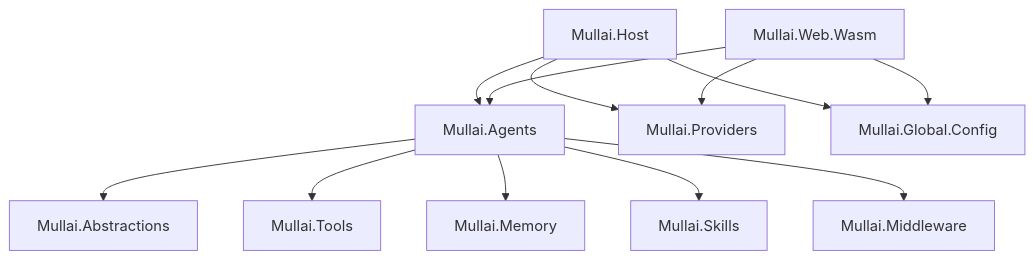
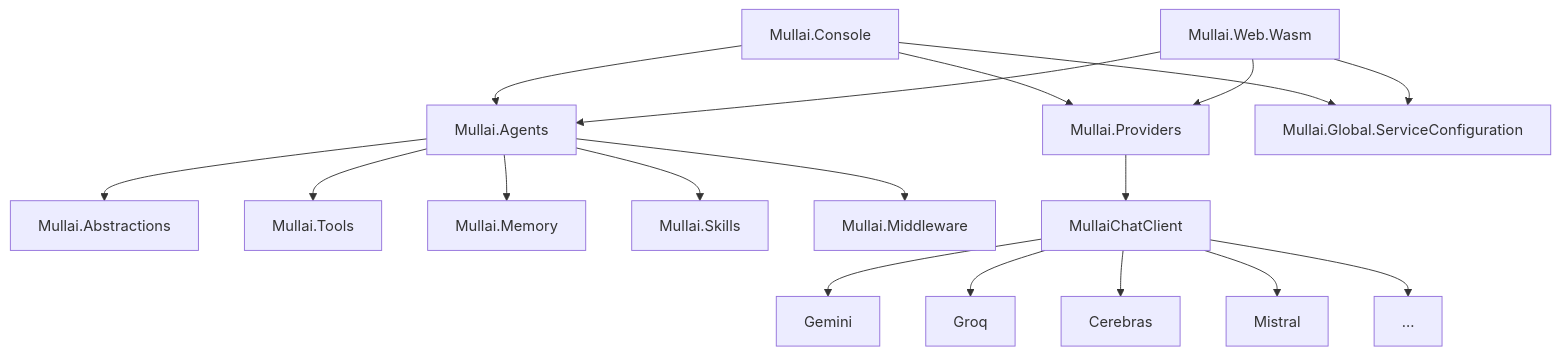
The diagram in README.md (agentmatters/mullai-bot), drawn with Mermaid before and after one commit. The commit also changed other lines of this file, not shown here.

````diff
--- a/README.md
+++ b/README.md
@@ -40,16 +41,23 @@
 ```mermaid
 graph TD;
     Agents[Mullai.Agents] --> Abstractions[Mullai.Abstractions];
     Agents --> Tools[Mullai.Tools];
     Agents --> Memory[Mullai.Memory];
     Agents --> Skills[Mullai.Skills];
     Agents --> Middleware[Mullai.Middleware];
     
-    Host[Mullai.Host] --> Agents;
+    Host[Mullai.Console] --> Agents;
     Host --> Providers[Mullai.Providers];
-    Host --> Config[Mullai.Global.Config];
+    Host --> Config[Mullai.Global.ServiceConfiguration];
     
     Web[Mullai.Web.Wasm] --> Agents;
     Web --> Providers;
     Web --> Config;
+
+    Providers --> MullaiChatClient[MullaiChatClient];
+    MullaiChatClient --> Gemini[Gemini];
+    MullaiChatClient --> Groq[Groq];
+    MullaiChatClient --> Cerebras[Cerebras];
+    MullaiChatClient --> Mistral[Mistral];
+    MullaiChatClient --> More[...];
 ```
````
